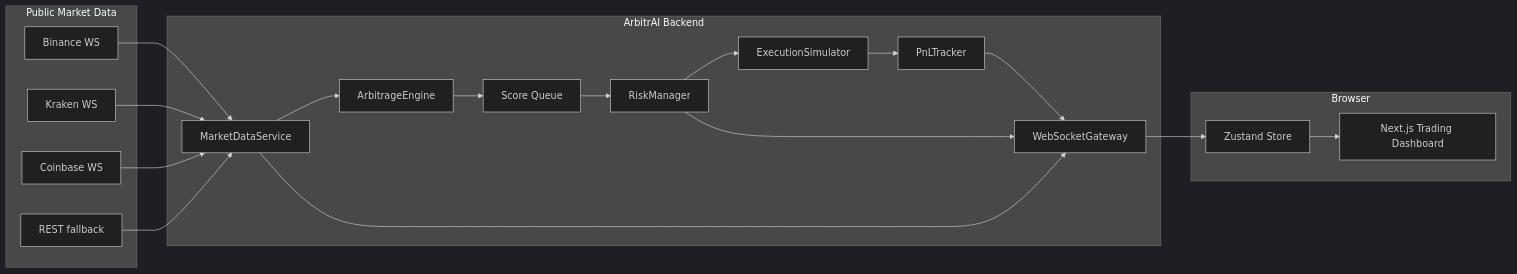
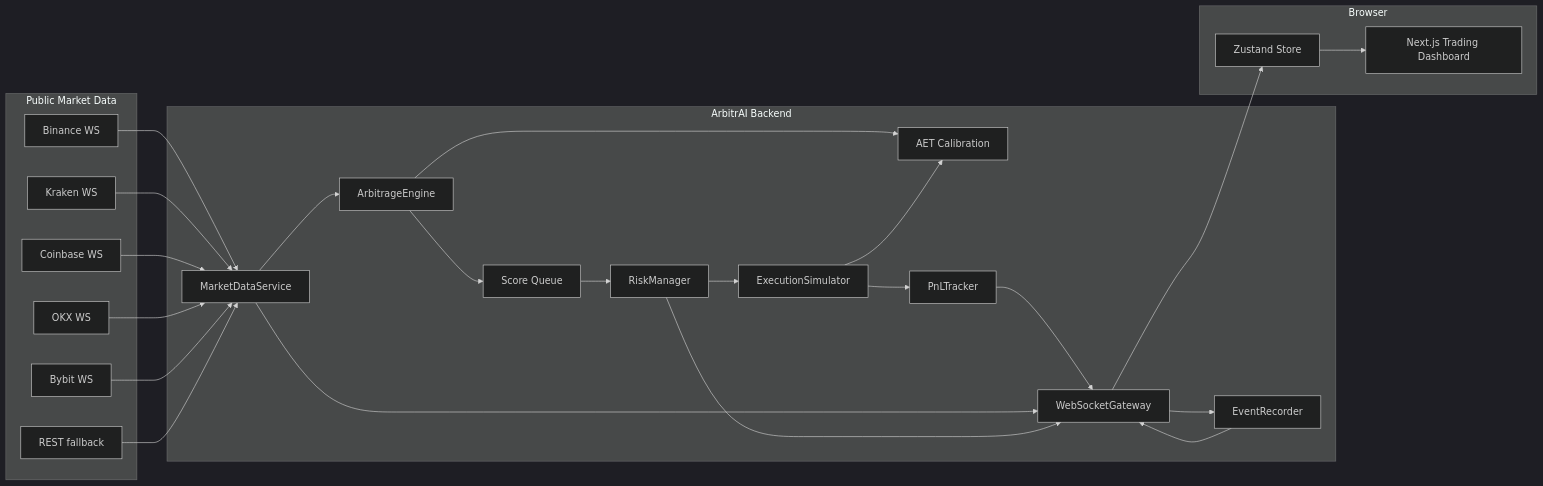
The first of 2 diagrams in README.md (JoahanMorales/CODING_CHALLENGE_MEXICO), drawn with Mermaid (dark theme) before and after one commit. The commit also changed other lines of this file and 14 other files, not shown here.

````diff
--- a/README.md
+++ b/README.md
@@ -205,39 +284,49 @@
 ```mermaid
 flowchart LR
   subgraph "Public Market Data"
     B["Binance WS"]
     K["Kraken WS"]
     C["Coinbase WS"]
+    O["OKX WS"]
+    Y["Bybit WS"]
     R["REST fallback"]
   end
 
   subgraph "ArbitrAI Backend"
     M["MarketDataService"]
     E["ArbitrageEngine"]
+    A["AET Calibration"]
     Q["Score Queue"]
     RM["RiskManager"]
     X["ExecutionSimulator"]
     P["PnLTracker"]
+    ER["EventRecorder"]
     G["WebSocketGateway"]
   end
 
   subgraph "Browser"
     Z["Zustand Store"]
     UI["Next.js Trading Dashboard"]
   end
 
   B --> M
   K --> M
   C --> M
+  O --> M
+  Y --> M
   R --> M
   M --> E
+  E --> A
   E --> Q
   Q --> RM
   RM --> X
   X --> P
+  X --> A
+  G --> ER
+  ER --> G
   P --> G
   M --> G
   RM --> G
   G --> Z
   Z --> UI
 ```
````
